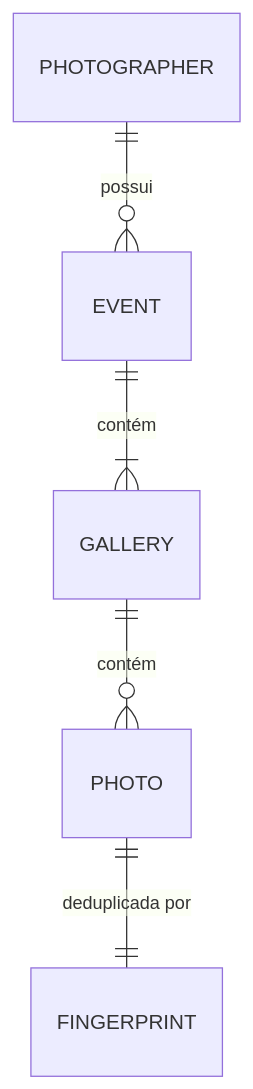
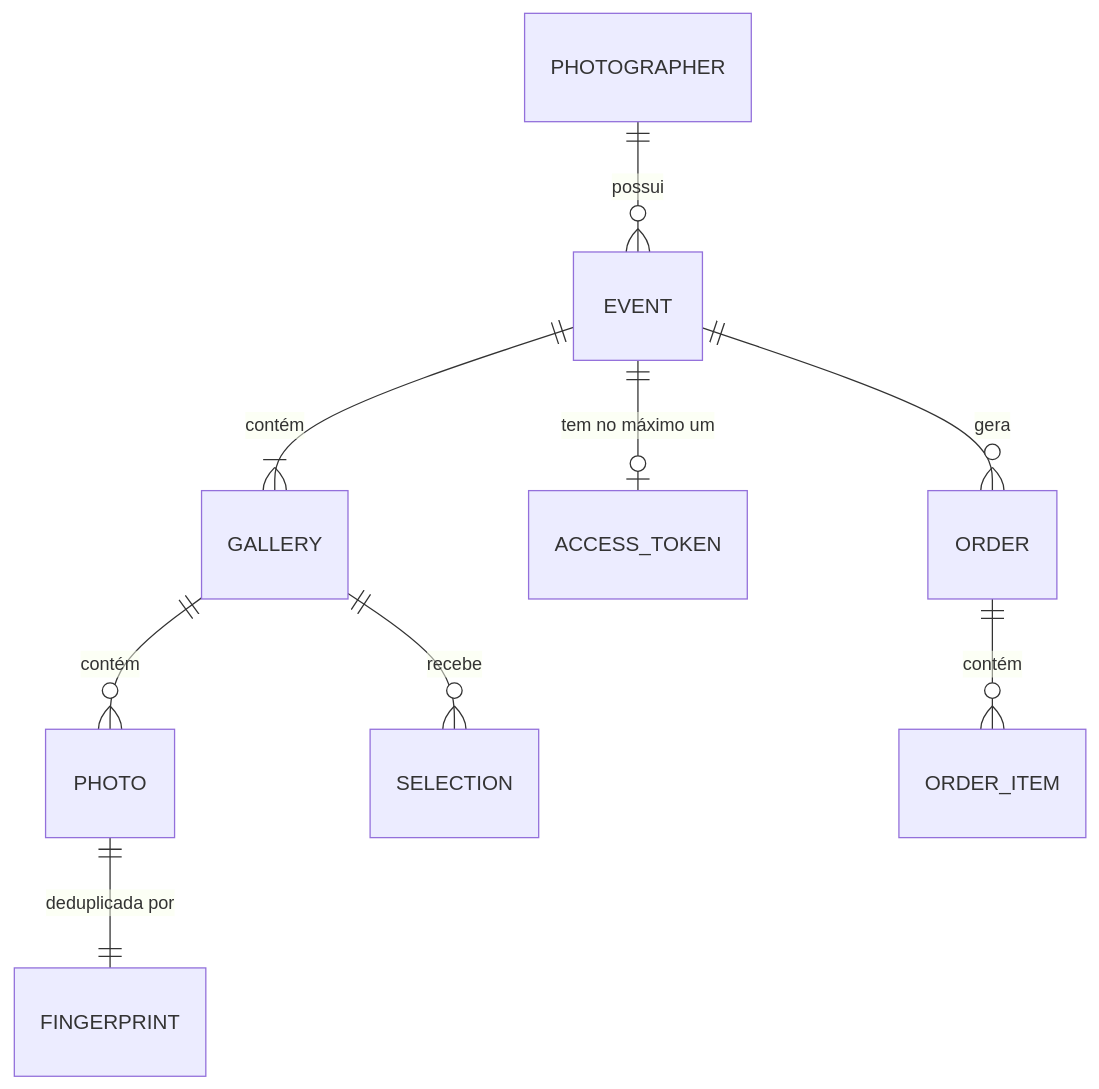
Before and after one commit to andreselva/lumora-docs: the diagram in developers/architecture/data-model.mdx, drawn with Mermaid. The commit also changed other lines of this file and 22 other files, not shown here.

````diff
--- a/developers/architecture/data-model.mdx
+++ b/developers/architecture/data-model.mdx
@@ -36,7 +43,11 @@
 ```mermaid
 erDiagram
   PHOTOGRAPHER ||--o{ EVENT : "possui"
   EVENT ||--|{ GALLERY : "contém"
   GALLERY ||--o{ PHOTO : "contém"
   PHOTO ||--|| FINGERPRINT : "deduplicada por"
+  EVENT ||--o| ACCESS_TOKEN : "tem no máximo um"
+  GALLERY ||--o{ SELECTION : "recebe"
+  EVENT ||--o{ ORDER : "gera"
+  ORDER ||--o{ ORDER_ITEM : "contém"
 ```
````
